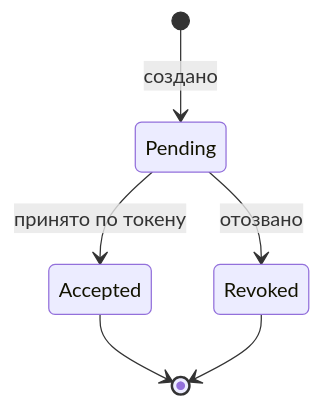
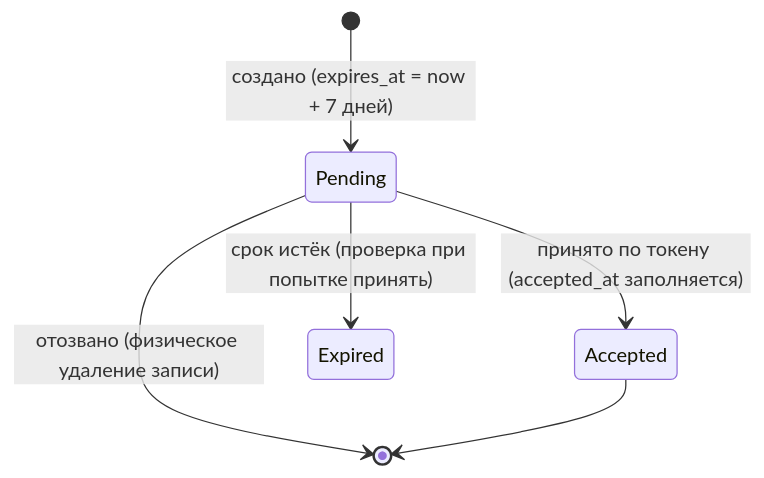
One commit to f1sherFM/systems-analysis-portfolio changed the fourth of 5 diagrams in docs/01-team-task-manager/README.md. Above: the diagram before and after it, drawn with Mermaid. The commit also changed other lines of this file, not shown here.

Commit message:
docs(case1): сверить анализ с фактическим кодом TTM — матрица прав, ER, состояния приглашений, NFR-1/2/7, трассировка тестов

````diff
--- a/docs/01-team-task-manager/README.md
+++ b/docs/01-team-task-manager/README.md
@@ -233,8 +247,8 @@
 ```mermaid
 stateDiagram-v2
-    [*] --> Pending : создано
-    Pending --> Accepted : принято по токену
-    Pending --> Revoked : отозвано
+    [*] --> Pending : создано (expires_at = now + 7 дней)
+    Pending --> Accepted : принято по токену (accepted_at заполняется)
+    Pending --> Expired : срок истёк (проверка при попытке принять)
+    Pending --> [*] : отозвано (физическое удаление записи)
     Accepted --> [*]
-    Revoked --> [*]
 ```
````
